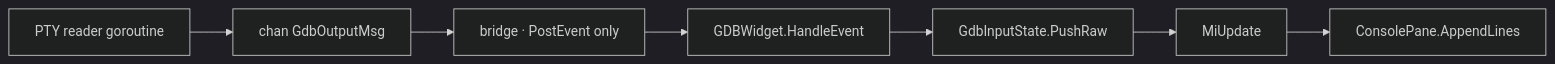
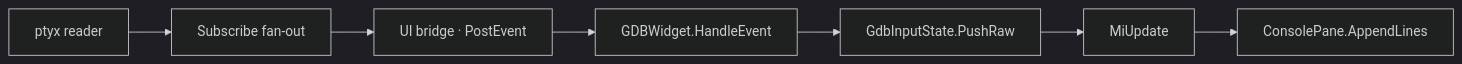
One commit to yairgd/gdbforge changed the second of 2 diagrams in docs/DEVELOPER_GUIDE.md. Above: the diagram before and after it, drawn with Mermaid (dark theme). The commit also changed other lines of this file and 35 other files, not shown here.

````diff
--- a/docs/DEVELOPER_GUIDE.md
+++ b/docs/DEVELOPER_GUIDE.md
@@ -315,12 +318,12 @@
 ```mermaid
 flowchart LR
-    PTY["PTY reader goroutine"]
-    Ch["chan GdbOutputMsg"]
-    Bridge["bridge · PostEvent only"]
+    PTY["ptyx reader"]
+    Fan["Subscribe fan-out"]
+    Bridge["UI bridge · PostEvent"]
     Widget["GDBWidget.HandleEvent"]
     State["GdbInputState.PushRaw"]
     Upd["MiUpdate"]
     Cons["ConsolePane.AppendLines"]
 
-    PTY --> Ch --> Bridge --> Widget --> State --> Upd --> Cons
+    PTY --> Fan --> Bridge --> Widget --> State --> Upd --> Cons
 ```
````
